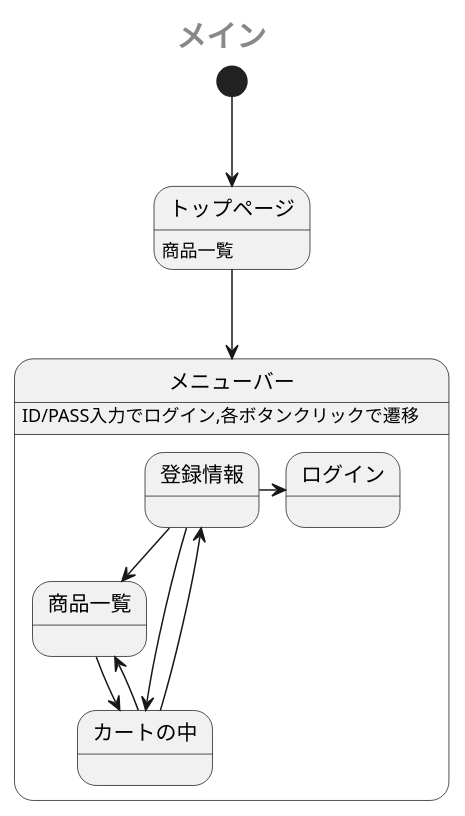
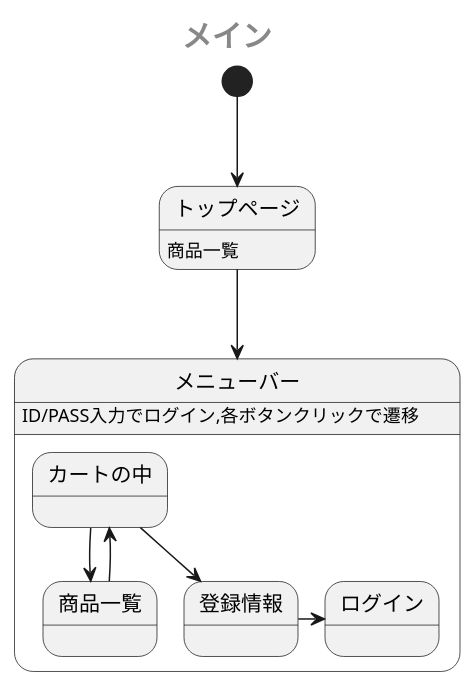
Before and after one commit to Aso2001385/2021sys-design: the first of 2 diagrams in sample/StateMachine.md, drawn with PlantUML.

````diff
--- a/sample/StateMachine.md
+++ b/sample/StateMachine.md
@@ -1,19 +1,17 @@
 ```uml
 @startuml
  center header <size:20><b>メイン</b></size>
  [*] --> トップページ
  トップページ: 商品一覧
  トップページ --> メニューバー
  state メニューバー {
    メニューバー: ID/PASS入力でログイン,各ボタンクリックで遷移
    商品一覧 --> カートの中
    登録情報 -right-> ログイン
    カートの中 --> 商品一覧
    カートの中 --> 登録情報
-   登録情報 --> カートの中
-   登録情報 --> 商品一覧
 
  }
  
 @enduml
 ```
````
